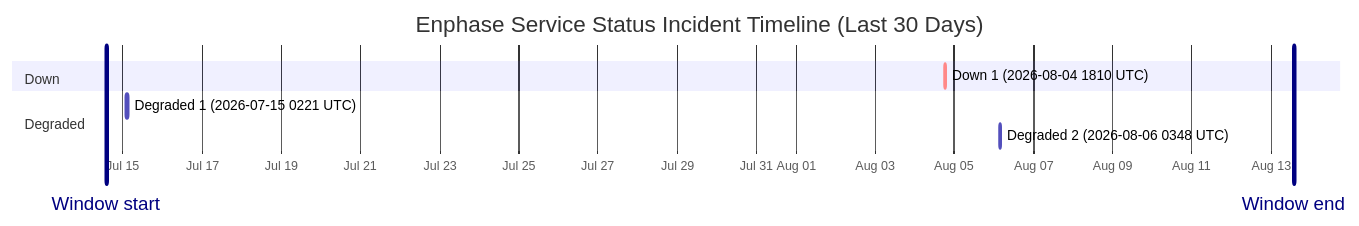
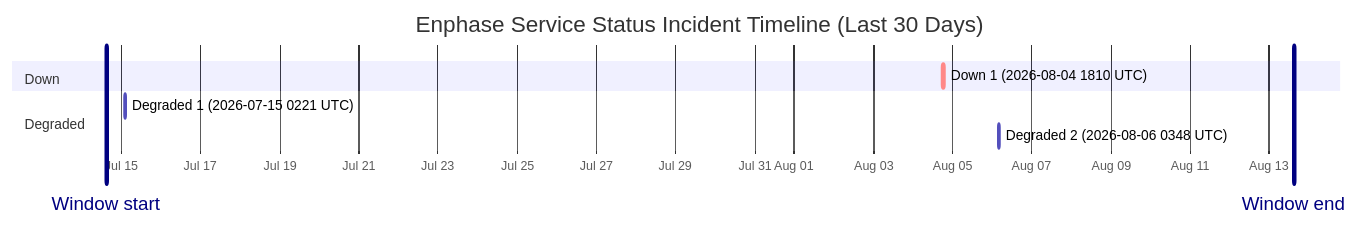
Before and after one commit to barneyonline/ha-enphase-energy: the diagram in wiki/Service-Status-History.md, drawn with Mermaid. The commit also changed other lines of this file and 3 other files, not shown here.

````diff
--- a/wiki/Service-Status-History.md
+++ b/wiki/Service-Status-History.md
@@ -14,13 +14,13 @@
 ```mermaid
 gantt
     title Enphase Service Status Incident Timeline (Last 30 Days)
     dateFormat  YYYY-MM-DDTHH:mm:ss
     axisFormat  %b %d
-    Window start :vert, window-start, 2026-07-14T13:55:59, 0ms
-    Window end :vert, window-end, 2026-08-13T13:55:59, 0ms
+    Window start :vert, window-start, 2026-07-14T14:57:22, 0ms
+    Window end :vert, window-end, 2026-08-13T14:57:22, 0ms
     section Down
     Down 1 (2026-08-04 1810 UTC) :crit, down-1, 2026-08-04T18:10:46, 60m
     section Degraded
     Degraded 1 (2026-07-15 0221 UTC) :active, degraded-1, 2026-07-15T02:21:35, 60m
     Degraded 2 (2026-08-06 0348 UTC) :active, degraded-2, 2026-08-06T03:48:14, 60m
 ```
````
